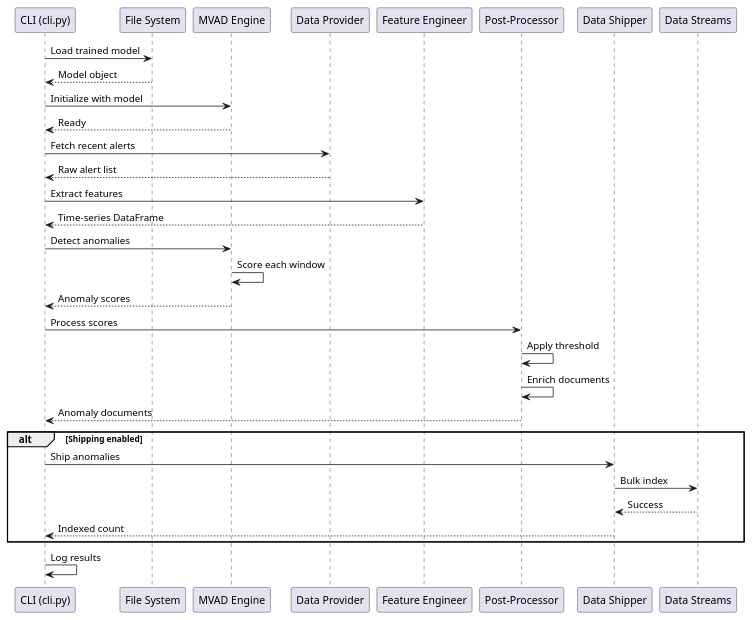
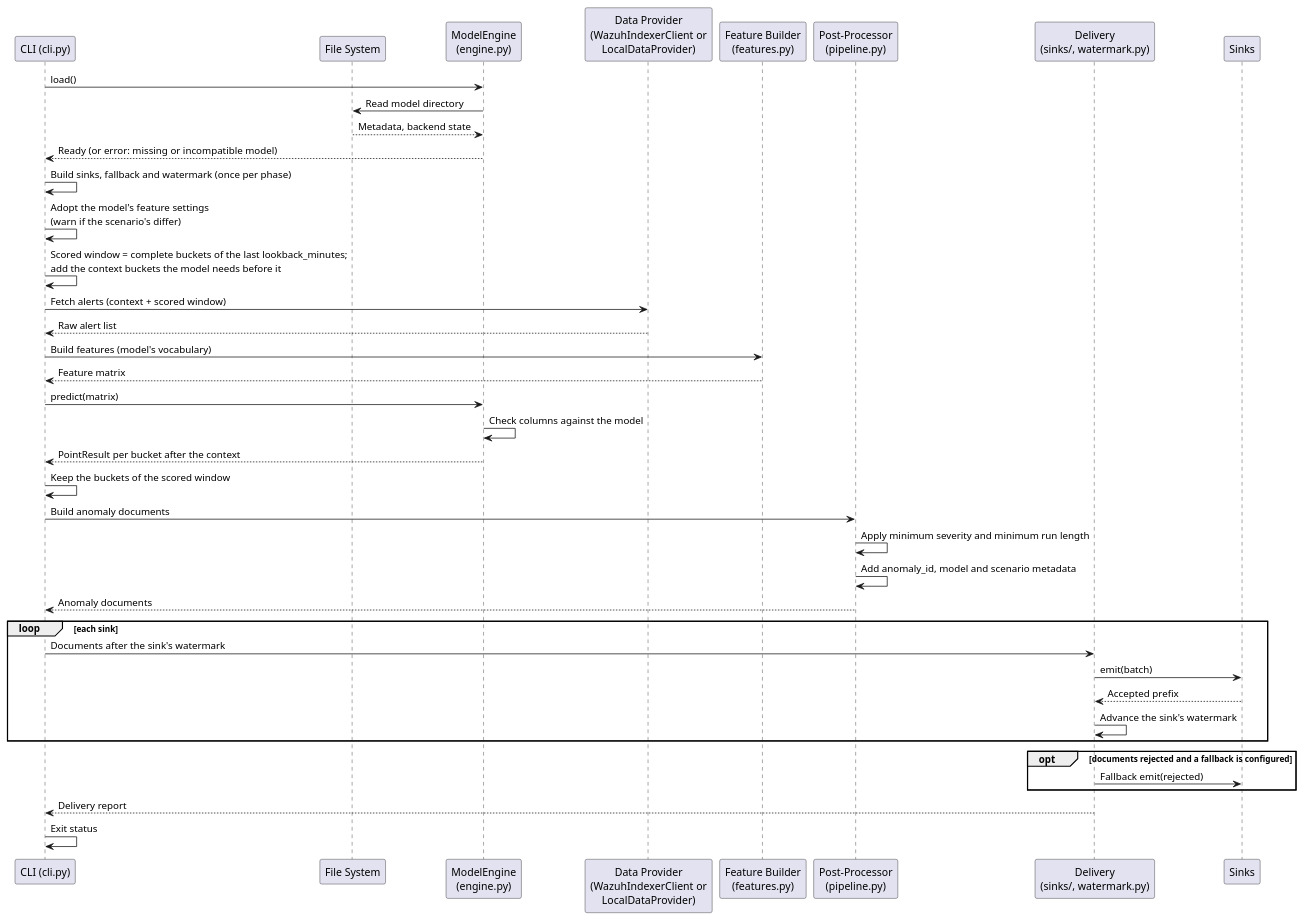
The diagram in docs/specs/larc/LARC-020.md (AbstractionsLab/idps-escape), drawn with PlantUML before and after one commit. The commit also changed other lines of this file and 682 other files, not shown here.

````diff
--- a/docs/specs/larc/LARC-020.md
+++ b/docs/specs/larc/LARC-020.md
@@ -22,42 +25,48 @@
 ```plantuml
 @startuml
 participant "CLI (cli.py)" as CLI
 participant "File System" as Storage
-participant "MVAD Engine" as Engine
-participant "Data Provider" as DataProvider
-participant "Feature Engineer" as Features
-participant "Post-Processor" as Pipeline
-participant "Data Shipper" as Shipper
-participant "Data Streams" as OpenSearch
+participant "ModelEngine\n(engine.py)" as Engine
+participant "Data Provider\n(WazuhIndexerClient or\nLocalDataProvider)" as DataProvider
+participant "Feature Builder\n(features.py)" as Features
+participant "Post-Processor\n(pipeline.py)" as Pipeline
+participant "Delivery\n(sinks/, watermark.py)" as Delivery
+participant "Sinks" as Sinks
 
-CLI -> Storage: Load trained model
-Storage --> CLI: Model object
+CLI -> Engine: load()
+Engine -> Storage: Read model directory
+Storage --> Engine: Metadata, backend state
+Engine --> CLI: Ready (or error: missing or incompatible model)
+CLI -> CLI: Build sinks, fallback and watermark (once per phase)
 
-CLI -> Engine: Initialize with model
-Engine --> CLI: Ready
-
-CLI -> DataProvider: Fetch recent alerts
+CLI -> CLI: Adopt the model's feature settings\n(warn if the scenario's differ)
+CLI -> CLI: Scored window = complete buckets of the last lookback_minutes;\nadd the context buckets the model needs before it
+CLI -> DataProvider: Fetch alerts (context + scored window)
 DataProvider --> CLI: Raw alert list
 
-CLI -> Features: Extract features
-Features --> CLI: Time-series DataFrame
+CLI -> Features: Build features (model's vocabulary)
+Features --> CLI: Feature matrix
 
-CLI -> Engine: Detect anomalies
-Engine -> Engine: Score each window
-Engine --> CLI: Anomaly scores
+CLI -> Engine: predict(matrix)
+Engine -> Engine: Check columns against the model
+Engine --> CLI: PointResult per bucket after the context
+CLI -> CLI: Keep the buckets of the scored window
 
-CLI -> Pipeline: Process scores
-Pipeline -> Pipeline: Apply threshold
-Pipeline -> Pipeline: Enrich documents
+CLI -> Pipeline: Build anomaly documents
+Pipeline -> Pipeline: Apply minimum severity and minimum run length
+Pipeline -> Pipeline: Add anomaly_id, model and scenario metadata
 Pipeline --> CLI: Anomaly documents
 
-alt Shipping enabled
-  CLI -> Shipper: Ship anomalies
-  Shipper -> OpenSearch: Bulk index
-  OpenSearch --> Shipper: Success
-  Shipper --> CLI: Indexed count
+loop each sink
+  CLI -> Delivery: Documents after the sink's watermark
+  Delivery -> Sinks: emit(batch)
+  Sinks --> Delivery: Accepted prefix
+  Delivery -> Delivery: Advance the sink's watermark
 end
-
-CLI -> CLI: Log results
+opt documents rejected and a fallback is configured
+  Delivery -> Sinks: Fallback emit(rejected)
+end
+Delivery --> CLI: Delivery report
+CLI -> CLI: Exit status
 @enduml
 ```
````
